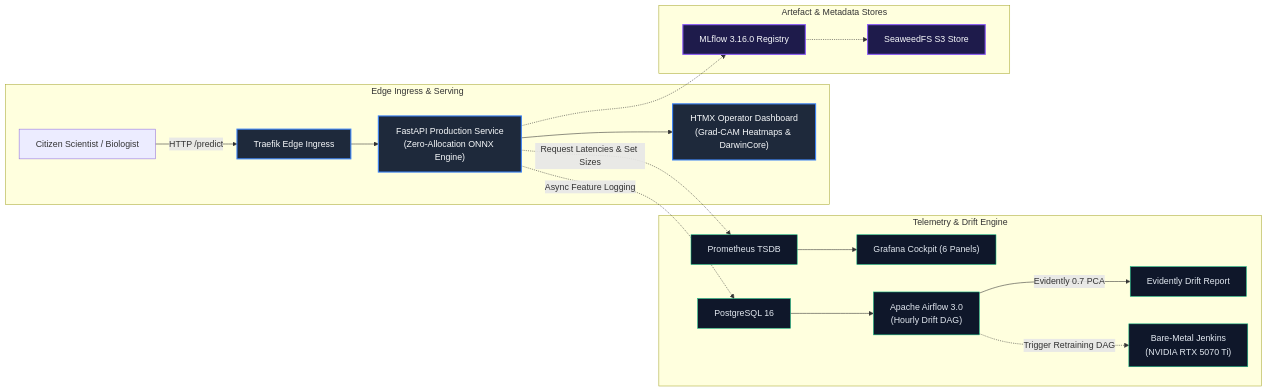
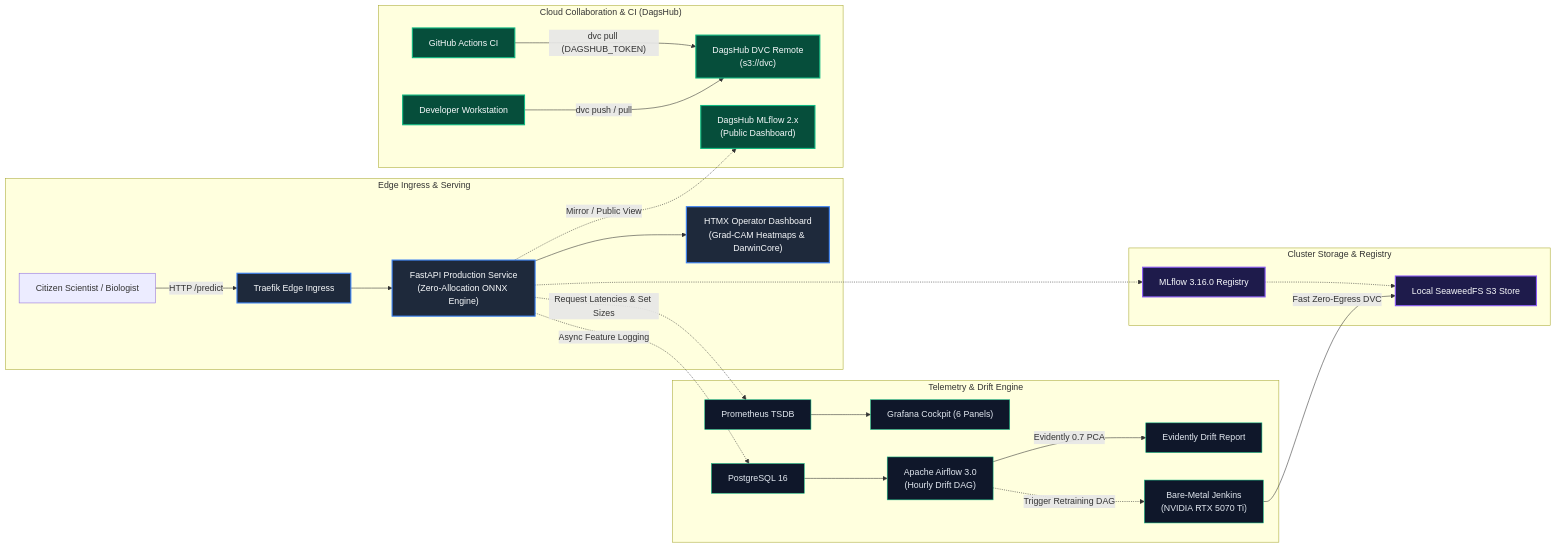
Before and after one commit to foersben/taxon-vision-mlops: the fourth of 4 diagrams in README.md, drawn with Mermaid. The commit also changed other lines of this file, not shown here.

Commit message:
docs(readme): document dual-tier DagsHub and self-hosted storage and tracking topology

````diff
--- a/README.md
+++ b/README.md
@@ -195,29 +196,38 @@
 ```mermaid
 flowchart LR
     subgraph IngressLayer ["Edge Ingress & Serving"]
         User["Citizen Scientist / Biologist"] -->|HTTP /predict| Traefik["Traefik Edge Ingress"]
         Traefik --> FastAPI["FastAPI Production Service<br/>(Zero-Allocation ONNX Engine)"]
         FastAPI --> Dashboard["HTMX Operator Dashboard<br/>(Grad-CAM Heatmaps & DarwinCore)"]
     end
 
     subgraph ObservabilityLayer ["Telemetry & Drift Engine"]
         FastAPI -.->|Async Feature Logging| PG["PostgreSQL 16"]
         FastAPI -.->|Request Latencies & Set Sizes| Prom["Prometheus TSDB"]
         Prom --> Grafana["Grafana Cockpit (6 Panels)"]
         PG --> Airflow["Apache Airflow 3.0<br/>(Hourly Drift DAG)"]
         Airflow -->|Evidently 0.7 PCA| DriftReport["Evidently Drift Report"]
         Airflow -.->|Trigger Retraining DAG| Jenkins["Bare-Metal Jenkins<br/>(NVIDIA RTX 5070 Ti)"]
     end
 
-    subgraph StorageLayer ["Artefact & Metadata Stores"]
+    subgraph InternalStorage ["Cluster Storage & Registry"]
         FastAPI -.-> MLflow["MLflow 3.16.0 Registry"]
-        MLflow -.-> S3["SeaweedFS S3 Store"]
+        MLflow -.-> S3["Local SeaweedFS S3 Store"]
+        Jenkins -->|"Fast Zero-Egress DVC"| S3
+    end
+
+    subgraph CloudStorage ["Cloud Collaboration & CI (DagsHub)"]
+        GHA["GitHub Actions CI"] -->|"dvc pull (DAGSHUB_TOKEN)"| DagsHubDVC["DagsHub DVC Remote<br/>(s3://dvc)"]
+        Dev["Developer Workstation"] -->|"dvc push / pull"| DagsHubDVC
+        FastAPI -.->|"Mirror / Public View"| DagsHubMLflow["DagsHub MLflow 2.x<br/>(Public Dashboard)"]
     end
 
     classDef core fill:#1e293b,stroke:#3b82f6,stroke-width:2px,color:#f8fafc;
     classDef obs fill:#0f172a,stroke:#10b981,stroke-width:1px,color:#e2e8f0;
     classDef store fill:#1e1b4b,stroke:#8b5cf6,stroke-width:2px,color:#f8fafc;
+    classDef cloud fill:#064e3b,stroke:#10b981,stroke-width:2px,color:#f8fafc;
     class Traefik,FastAPI,Dashboard core;
     class PG,Prom,Grafana,Airflow,DriftReport,Jenkins obs;
     class MLflow,S3 store;
+    class GHA,Dev,DagsHubDVC,DagsHubMLflow cloud;
 ```
````
